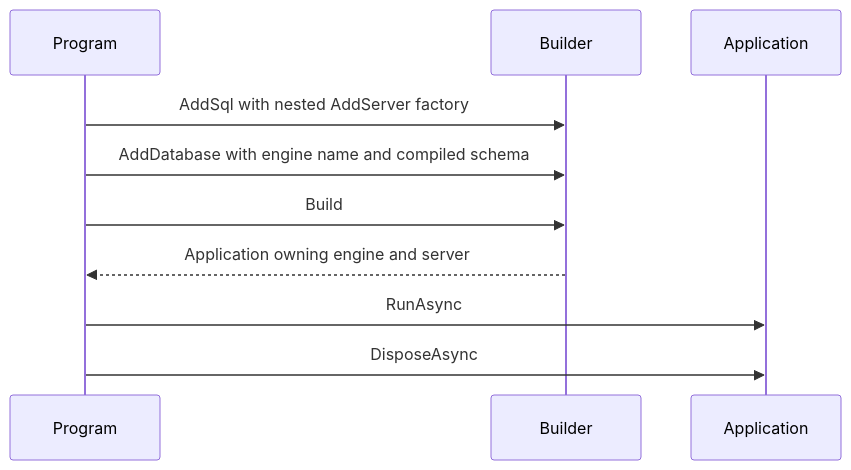
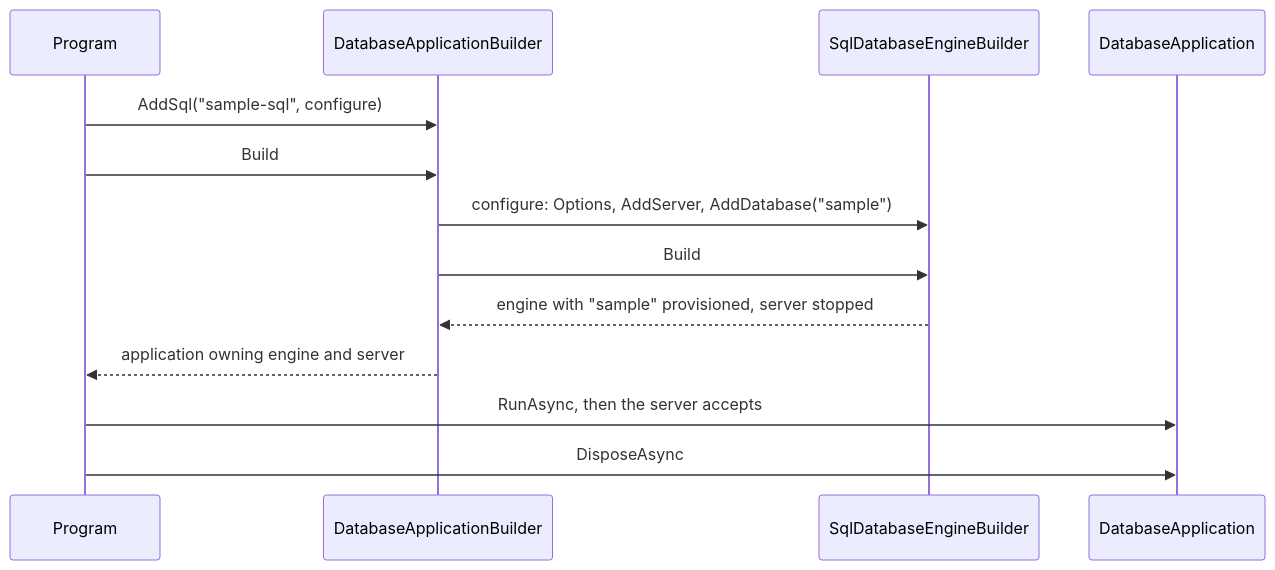
Before and after one commit to assimalign/cohesion: the diagram in resources/Database/Assimalign.Cohesion.Database.Testing/fixtures/Assimalign.Cohesion.Database.SampleHost/docs/DESIGN.md, drawn with Mermaid. The commit also changed other lines of this file and 37 other files, not shown here.

````diff
--- a/resources/Database/Assimalign.Cohesion.Database.Testing/fixtures/Assimalign.Cohesion.Database.SampleHost/docs/DESIGN.md
+++ b/resources/Database/Assimalign.Cohesion.Database.Testing/fixtures/Assimalign.Cohesion.Database.SampleHost/docs/DESIGN.md
@@ -14,12 +22,15 @@
 ```mermaid
 sequenceDiagram
     participant Program
-    participant Builder
-    participant Application
-    Program->>Builder: AddSql with nested AddServer factory
-    Program->>Builder: AddDatabase with engine name and compiled schema
+    participant Builder as DatabaseApplicationBuilder
+    participant Sql as SqlDatabaseEngineBuilder
+    participant Application as DatabaseApplication
+    Program->>Builder: AddSql("sample-sql", configure)
     Program->>Builder: Build
-    Builder-->>Program: Application owning engine and server
-    Program->>Application: RunAsync
+    Builder->>Sql: configure: Options, AddServer, AddDatabase("sample")
+    Builder->>Sql: Build
+    Sql-->>Builder: engine with "sample" provisioned, server stopped
+    Builder-->>Program: application owning engine and server
+    Program->>Application: RunAsync, then the server accepts
     Program->>Application: DisposeAsync
 ```
````
